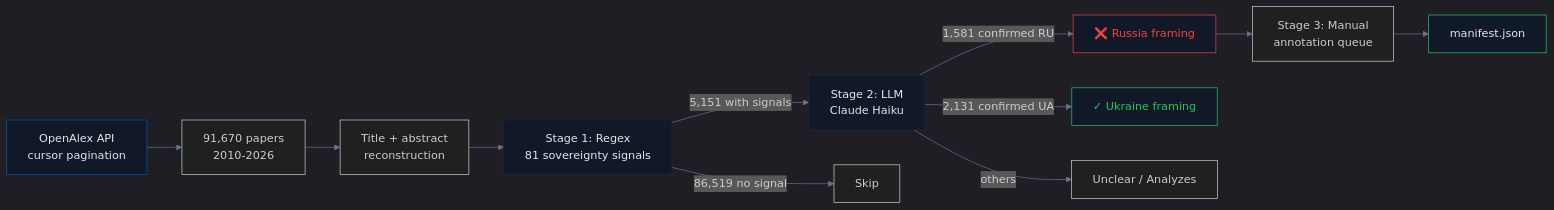
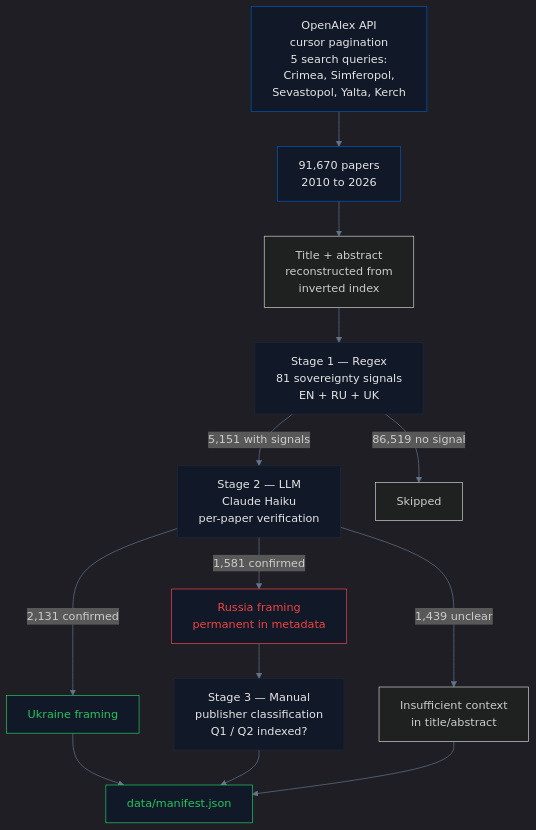
The second of 2 diagrams in pipelines/academic/README.md (IvanDobrovolsky/crimeaisukraine), drawn with Mermaid before and after one commit. The commit also changed other lines of this file and 1 other file, not shown here.

````diff
--- a/pipelines/academic/README.md
+++ b/pipelines/academic/README.md
@@ -20,21 +63,25 @@
 ```mermaid
-%%{init: {'theme': 'dark', 'themeVariables': {'primaryColor': '#0057b7', 'secondaryColor': '#ffd700', 'primaryTextColor': '#e5e5e5', 'lineColor': '#64748b', 'primaryBorderColor': '#1e293b'}}}%%
-graph LR
-  A["OpenAlex API<br/>cursor pagination"] --> B["91,670 papers<br/>2010-2026"]
-  B --> C["Title + abstract<br/>reconstruction"]
-  C --> D["Stage 1: Regex<br/>81 sovereignty signals"]
-  D -->|"5,151 with signals"| E["Stage 2: LLM<br/>Claude Haiku"]
-  D -->|"86,519 no signal"| Z["Skip"]
-  E -->|"1,581 confirmed RU"| F["❌ Russia framing"]
-  E -->|"2,131 confirmed UA"| G["✓ Ukraine framing"]
-  E -->|"others"| H["Unclear / Analyzes"]
-  F --> I["Stage 3: Manual<br/>annotation queue"]
-  I --> J["manifest.json"]
+%%{init: {'theme': 'dark', 'themeVariables': {'primaryColor': '#0057b7', 'primaryTextColor': '#e5e5e5', 'lineColor': '#64748b', 'primaryBorderColor': '#1e293b'}}}%%
+graph TB
+    A["OpenAlex API<br/>cursor pagination<br/>5 search queries:<br/>Crimea, Simferopol,<br/>Sevastopol, Yalta, Kerch"] --> B["91,670 papers<br/>2010 to 2026"]
+    B --> C["Title + abstract<br/>reconstructed from<br/>inverted index"]
+    C --> D["Stage 1 — Regex<br/>81 sovereignty signals<br/>EN + RU + UK"]
+    D -->|"5,151 with signals"| E["Stage 2 — LLM<br/>Claude Haiku<br/>per-paper verification"]
+    D -->|"86,519 no signal"| Z["Skipped"]
+    E -->|"1,581 confirmed"| F["Russia framing<br/>permanent in metadata"]
+    E -->|"2,131 confirmed"| G["Ukraine framing"]
+    E -->|"1,439 unclear"| H["Insufficient context<br/>in title/abstract"]
+    F --> I["Stage 3 — Manual<br/>publisher classification<br/>Q1 / Q2 indexed?"]
+    G --> J["data/manifest.json"]
+    I --> J
+    H --> J
 
-  style A fill:#111827,stroke:#0057b7,color:#e5e5e5
-  style D fill:#111827,stroke:#1e293b,color:#e5e5e5
-  style E fill:#111827,stroke:#1e293b,color:#e5e5e5
-  style F fill:#111827,stroke:#ef4444,color:#ef4444
-  style G fill:#111827,stroke:#22c55e,color:#22c55e
-  style J fill:#111827,stroke:#22c55e,color:#e5e5e5
+    style A fill:#111827,stroke:#0057b7,color:#e5e5e5
+    style B fill:#111827,stroke:#0057b7,color:#e5e5e5
+    style D fill:#111827,stroke:#1e293b,color:#e5e5e5
+    style E fill:#111827,stroke:#1e293b,color:#e5e5e5
+    style F fill:#111827,stroke:#ef4444,color:#ef4444
+    style G fill:#111827,stroke:#22c55e,color:#22c55e
+    style I fill:#111827,stroke:#1e293b,color:#e5e5e5
+    style J fill:#111827,stroke:#22c55e,color:#22c55e
 ```
````
